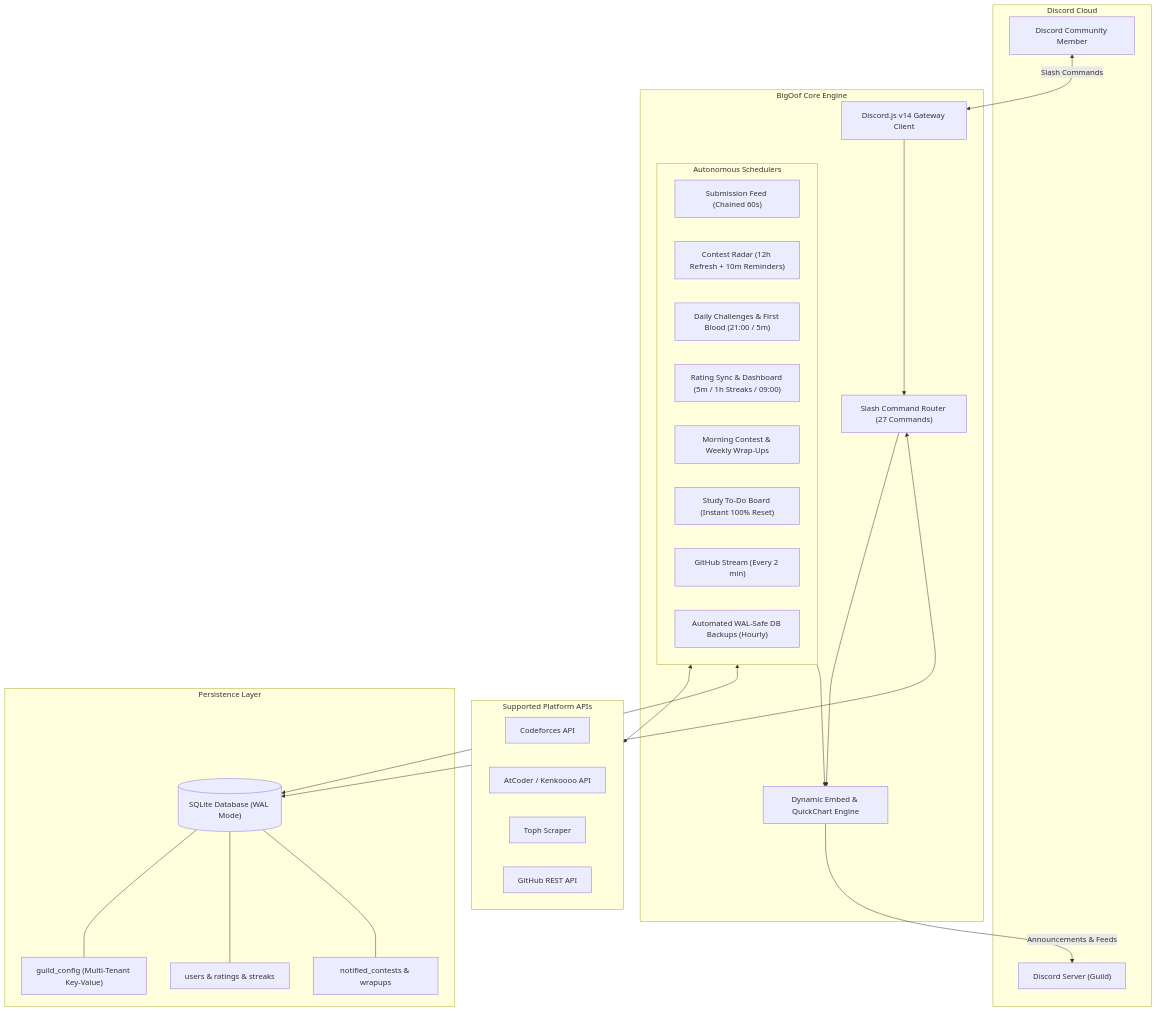
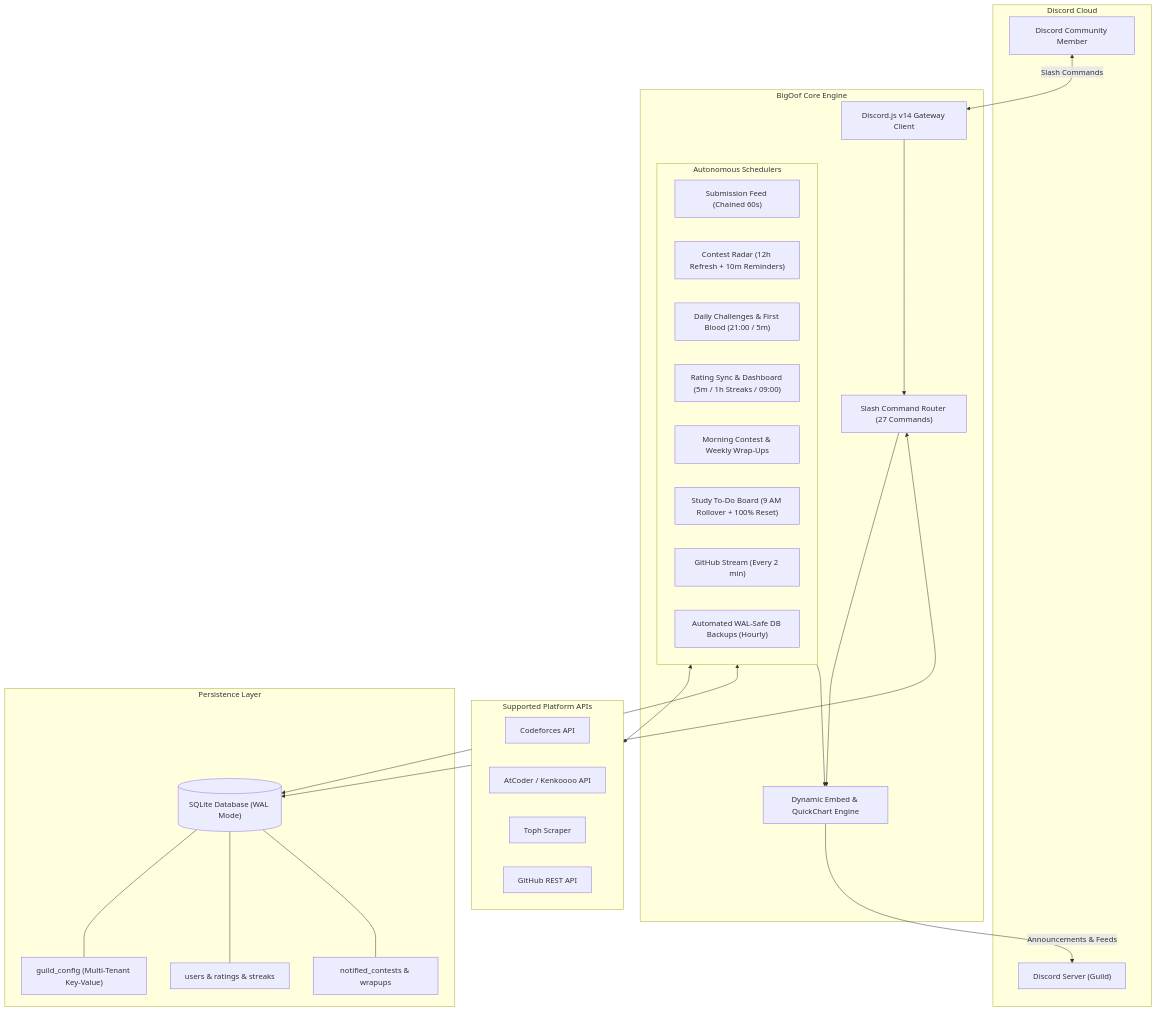
Before and after one commit to Pri8899/BigOof: the diagram in README.md, drawn with Mermaid. The commit also changed other lines of this file and 3 other files, not shown here.

Commit message:
feat(study): add 9 AM new form rollover while locking old unfinished forms to tick-only

````diff
--- a/README.md
+++ b/README.md
@@ -45,52 +45,52 @@
 ```mermaid
 flowchart TD
     subgraph Discord ["Discord Cloud"]
         User["Discord Community Member"]
         Guild["Discord Server (Guild)"]
     end
 
     subgraph BigOofCore ["BigOof Core Engine"]
         Gateway["Discord.js v14 Gateway Client"]
         CmdRouter["Slash Command Router (27 Commands)"]
 
         subgraph Schedulers ["Autonomous Schedulers"]
             FeedTask["Submission Feed (Chained 60s)"]
             ContestTask["Contest Radar (12h Refresh + 10m Reminders)"]
             DailyTask["Daily Challenges & First Blood (21:00 / 5m)"]
             RatingTask["Rating Sync & Dashboard (5m / 1h Streaks / 09:00)"]
             WrapupTask["Morning Contest & Weekly Wrap-Ups"]
-            StudyTask["Study To-Do Board (Instant 100% Reset)"]
+            StudyTask["Study To-Do Board (9 AM Rollover + 100% Reset)"]
             GitHubTask["GitHub Stream (Every 2 min)"]
             BackupTask["Automated WAL-Safe DB Backups (Hourly)"]
         end
 
         EmbedEngine["Dynamic Embed & QuickChart Engine"]
     end
 
     subgraph DataStore ["Persistence Layer"]
         DB[("SQLite Database (WAL Mode)")]
         GuildConfig["guild_config (Multi-Tenant Key-Value)"]
         Users["users & ratings & streaks"]
         Contests["notified_contests & wrapups"]
     end
 
     subgraph PlatformAPIs ["Supported Platform APIs"]
         CF["Codeforces API"]
         AC["AtCoder / Kenkoooo API"]
         Toph["Toph Scraper"]
         GH["GitHub REST API"]
     end
 
     User <-->|Slash Commands| Gateway
     Gateway --> CmdRouter
     CmdRouter --> EmbedEngine
     CmdRouter <--> DB
 
     Schedulers <--> PlatformAPIs
     Schedulers <--> DB
     Schedulers --> EmbedEngine
     EmbedEngine -->|Announcements & Feeds| Guild
     DB --- GuildConfig
     DB --- Users
     DB --- Contests
 ```
````
